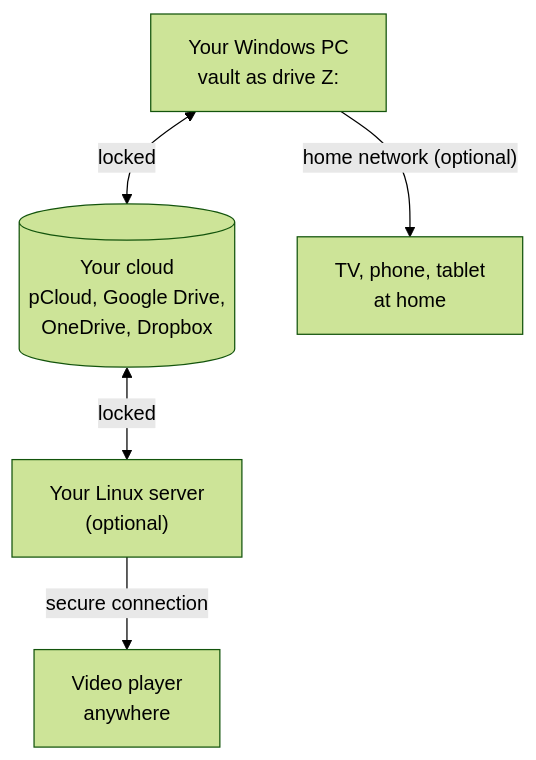
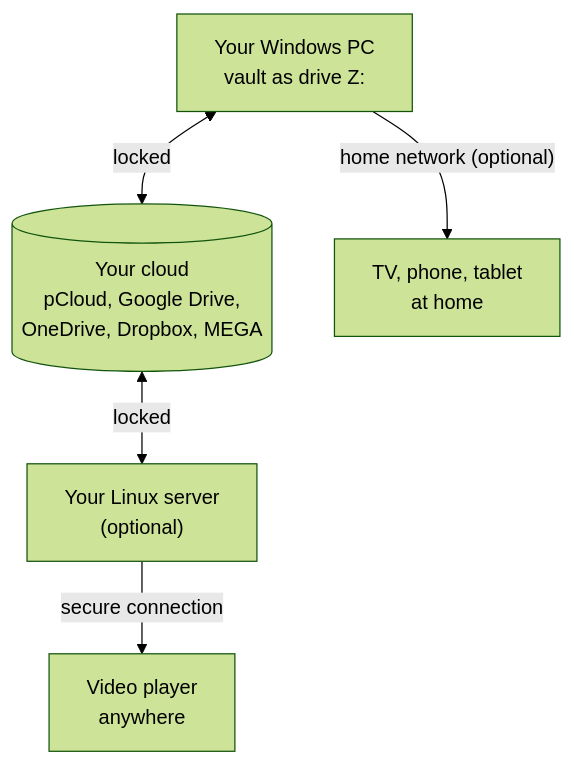
Before and after one commit to burnersen/CryptBridge: the diagram in README.md, drawn with Mermaid (forest theme). The commit also changed other lines of this file and 27 other files, not shown here.

First line of the commit message:
Add MEGA as the fifth cloud

````diff
--- a/README.md
+++ b/README.md
@@ -82,7 +96,7 @@
 ```mermaid
 flowchart TB
-    PC["Your Windows PC<br/>vault as drive Z:"] <-->|locked| Cloud[("Your cloud<br/>pCloud, Google Drive,<br/>OneDrive, Dropbox")]
+    PC["Your Windows PC<br/>vault as drive Z:"] <-->|locked| Cloud[("Your cloud<br/>pCloud, Google Drive,<br/>OneDrive, Dropbox, MEGA")]
     Cloud <-->|locked| Server["Your Linux server<br/>(optional)"]
     Server -->|secure connection| Player["Video player<br/>anywhere"]
     PC -->|"home network (optional)"| TV["TV, phone, tablet<br/>at home"]
 ```
````
